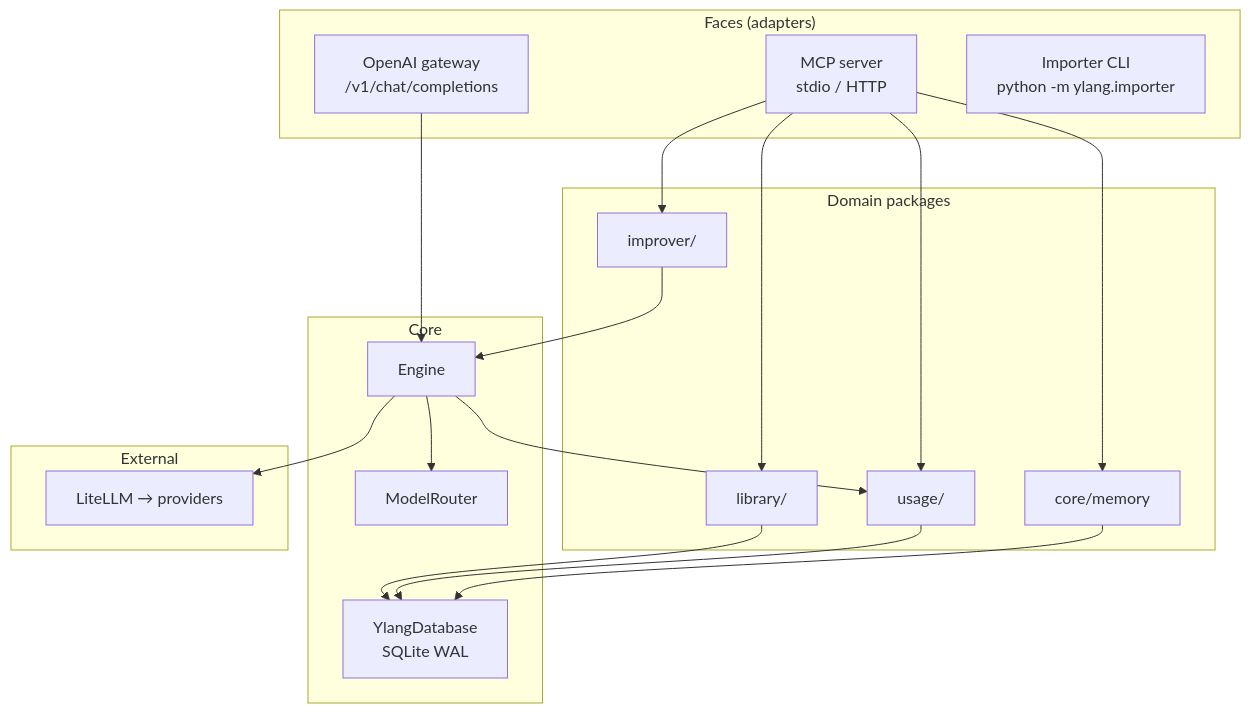
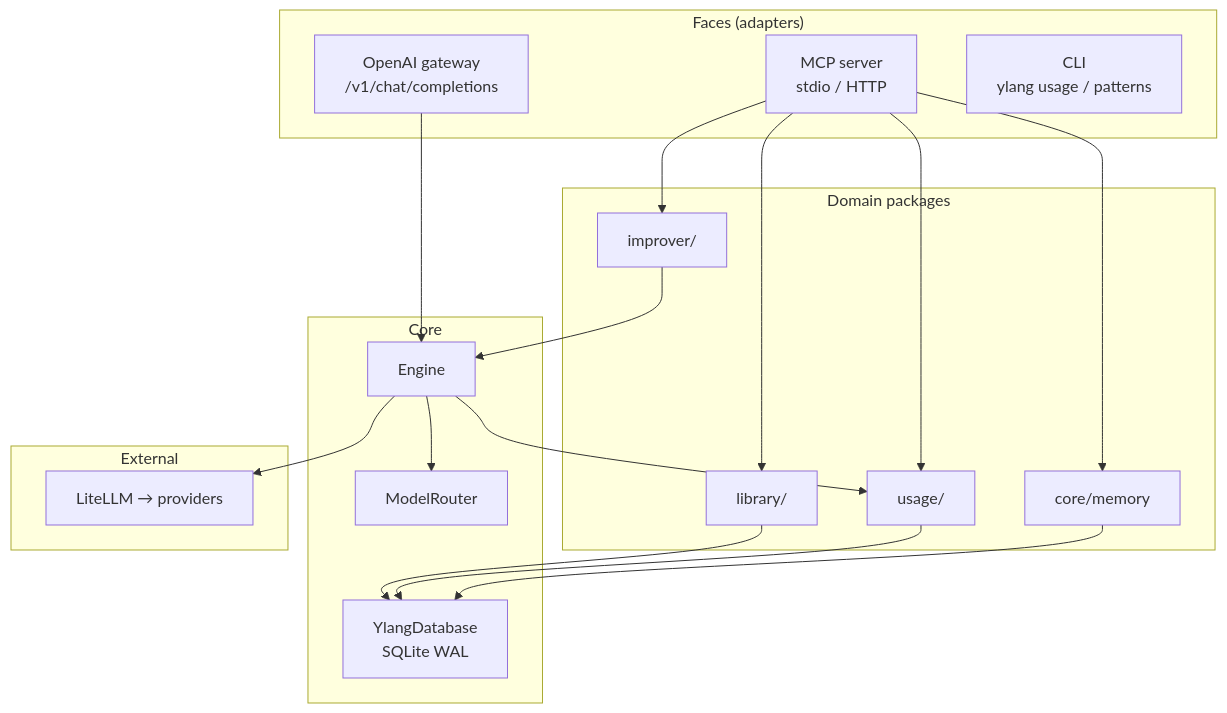
Before and after one commit to Yann-0/ylang: the first of 3 diagrams in docs/architecture.md, drawn with Mermaid. The commit also changed other lines of this file and 34 other files, not shown here.

````diff
--- a/docs/architecture.md
+++ b/docs/architecture.md
@@ -7,38 +7,38 @@
 ```mermaid
 flowchart TB
     subgraph faces["Faces (adapters)"]
         MCP["MCP server<br/>stdio / HTTP"]
         GW["OpenAI gateway<br/>/v1/chat/completions"]
-        CLI["Importer CLI<br/>python -m ylang.importer"]
+        CLI["CLI<br/>ylang usage / patterns"]
     end
 
     subgraph domain["Domain packages"]
         IMP["improver/"]
         LIB["library/"]
         USG["usage/"]
         MEM["core/memory"]
     end
 
     subgraph core["Core"]
         ENG["Engine"]
         RTR["ModelRouter"]
         DB["YlangDatabase<br/>SQLite WAL"]
     end
 
     subgraph external["External"]
         LLM["LiteLLM → providers"]
     end
 
     MCP --> IMP
     MCP --> LIB
     MCP --> USG
     MCP --> MEM
     GW --> ENG
     IMP --> ENG
     ENG --> RTR
     ENG --> USG
     ENG --> LLM
     LIB --> DB
     USG --> DB
     MEM --> DB
 ```
````
